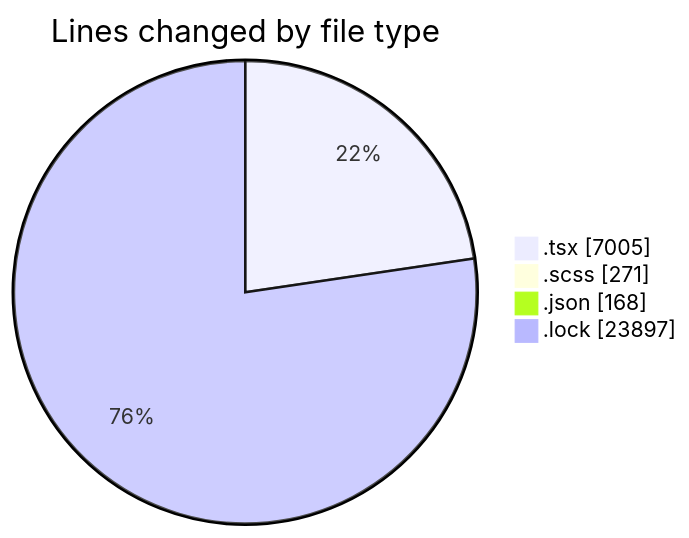
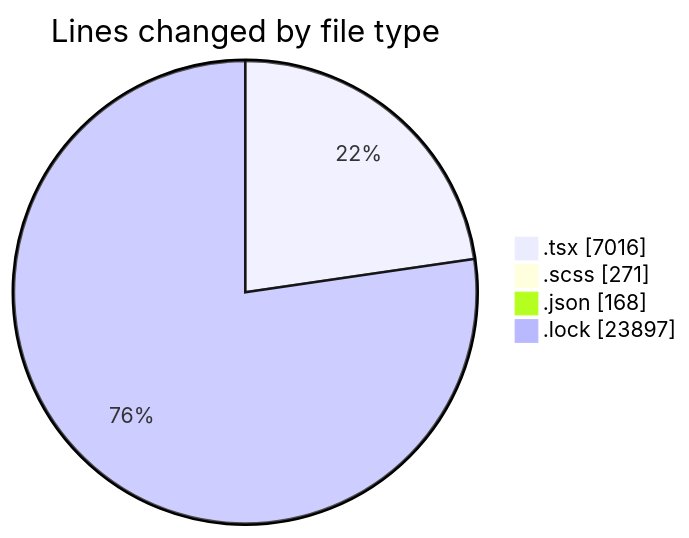
One commit to momahboobian/code-tracking changed the first of 2 diagrams in 2025-11-18/cda/README.md. Above: the diagram before and after it, drawn with Mermaid. The commit also changed other lines of this file and 1 other file, not shown here.

````diff
--- a/2025-11-18/cda/README.md
+++ b/2025-11-18/cda/README.md
@@ -34,8 +34,8 @@
 ```mermaid
 pie showData
 title Lines changed by file type
-".tsx" : 7005
+".tsx" : 7016
 ".scss" : 271
 ".json" : 168
 ".lock" : 23897
 ```
````
